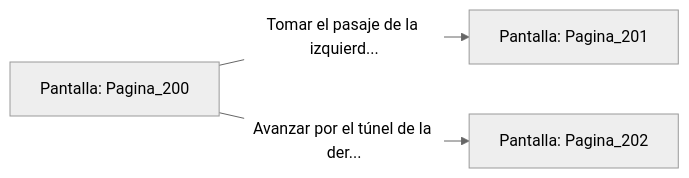
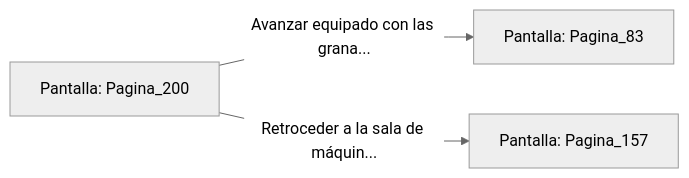
Before and after one commit to metsuke/mpl: the diagram in sample/eligejuego-vault/Pantalla_Pagina_200.md, drawn with Mermaid (neutral theme). The commit also changed other lines of this file and 635 other files, not shown here.

First line of the commit message:
fix: añadir Pagina_1 como pantalla inicial en capitulo_01.mpl

````diff
--- a/sample/eligejuego-vault/Pantalla_Pagina_200.md
+++ b/sample/eligejuego-vault/Pantalla_Pagina_200.md
@@ -20,6 +22,6 @@
 ```mermaid
 graph LR
     P_Pagina_200["Pantalla: Pagina_200"]
-    P_Pagina_200 -->|"Tomar el pasaje de la izquierd..."| P_Pagina_201["Pantalla: Pagina_201"]
-    P_Pagina_200 -->|"Avanzar por el túnel de la der..."| P_Pagina_202["Pantalla: Pagina_202"]
+    P_Pagina_200 -->|"Avanzar equipado con las grana..."| P_Pagina_83["Pantalla: Pagina_83"]
+    P_Pagina_200 -->|"Retroceder a la sala de máquin..."| P_Pagina_157["Pantalla: Pagina_157"]
 ```
````
